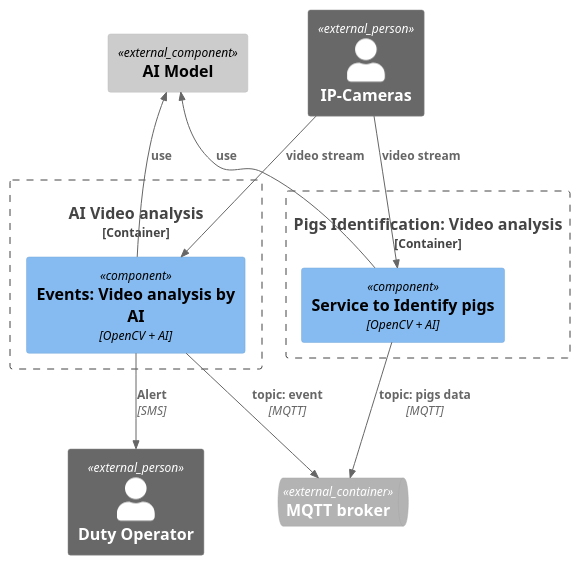
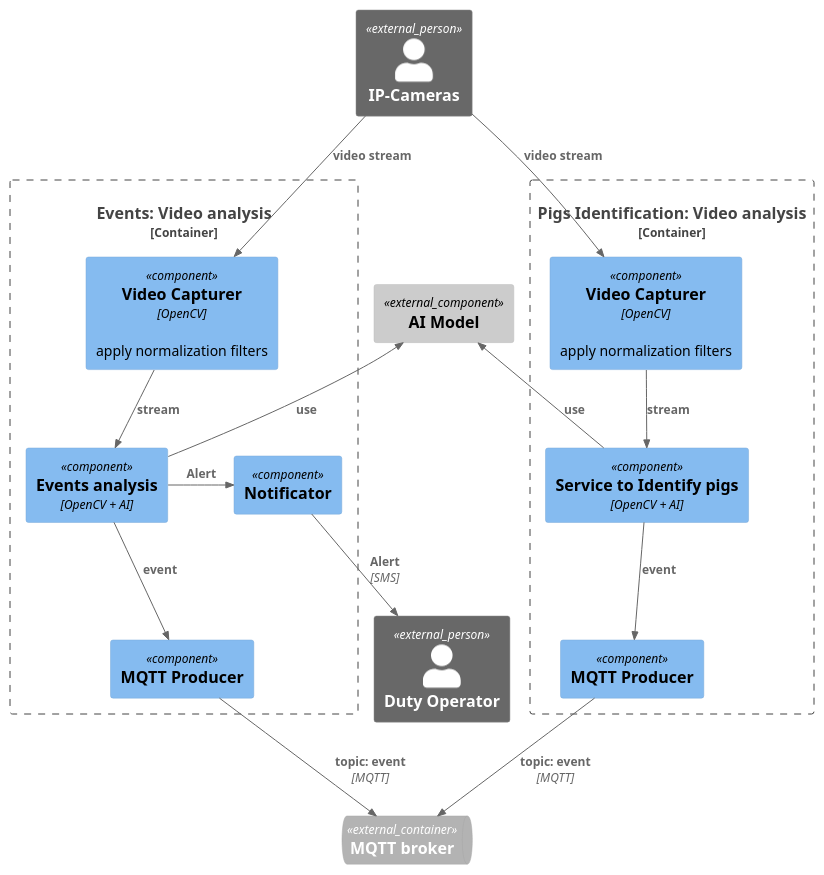
The diagram in Task3/ATCK_C4_Components_AI_Video_Alternative.puml (mirray/MSA-AgroTech), drawn with PlantUML before and after one commit. The commit also changed 2 other files, not shown here.

Commit message:
task3 video

```diff
--- a/Task3/ATCK_C4_Components_AI_Video_Alternative.puml
+++ b/Task3/ATCK_C4_Components_AI_Video_Alternative.puml
@@ -1,20 +1,33 @@
 @startuml Архитектура_АвтоТехноСвиноКомплекс_v1_Events_Video_Analysis_Alternative
 !include <C4/C4_Component>
 ContainerQueue_Ext(data_hub, "MQTT broker")
 Person_Ext(duty_operator, "Duty Operator")
 Person_Ext(cameras, "IP-Cameras")
 Component_Ext(ai, "AI Model")
-Container_Boundary(video_b, "AI Video analysis"){
-    Component(video_service, "Events: Video analysis by AI", "OpenCV + AI")
+
+Container_Boundary(video_b, "Events: Video analysis"){
+    Component(video_capturing, "Video Capturer", "OpenCV", "apply normalization filters")
+    Component(video_service, "Events analysis", "OpenCV + AI")
+    Component(video_notification, "Notificator")
+    Component(video_p, "MQTT Producer")
+    Rel(video_capturing, video_service, "stream")
     Rel_U(video_service, ai, "use")
-    Rel_D(video_service, duty_operator, "Alert", "SMS")
-    Rel_D(cameras, video_service, "video stream")
-    Rel_D(video_service, data_hub, "topic: event", "MQTT")
+    Rel_R(video_service, video_notification, "Alert")
+    Rel_D(video_notification, duty_operator, "Alert", "SMS")
+    Rel_D(cameras, video_capturing, "video stream")
+    Rel_D(video_service, video_p, "event")
+    Rel_D(video_p, data_hub, "topic: event", "MQTT")
 }
 Container_Boundary(video_identity, "Pigs Identification: Video analysis"){
     Component(video_identity_service, "Service to Identify pigs", "OpenCV + AI")
-    Rel_U(video_identity_service, ai, "use")
-    Rel_D(cameras, video_identity_service, "video stream")
-    Rel_D(video_identity_service, data_hub, "topic: pigs data", "MQTT")
-}    
+   
+    Component(video_identity_capturing, "Video Capturer", "OpenCV", "apply normalization filters")
+    Component(video_identity_service_p, "MQTT Producer")
+        Rel(video_identity_capturing, video_identity_service, "stream")
+        Rel_U(video_identity_service, ai, "use")
+        Rel_D(cameras, video_identity_capturing, "video stream")
+        Rel_D(video_identity_service, video_identity_service_p, "event")
+        Rel_D(video_identity_service_p, data_hub, "topic: event", "MQTT")
+}
+
 @enduml
```
